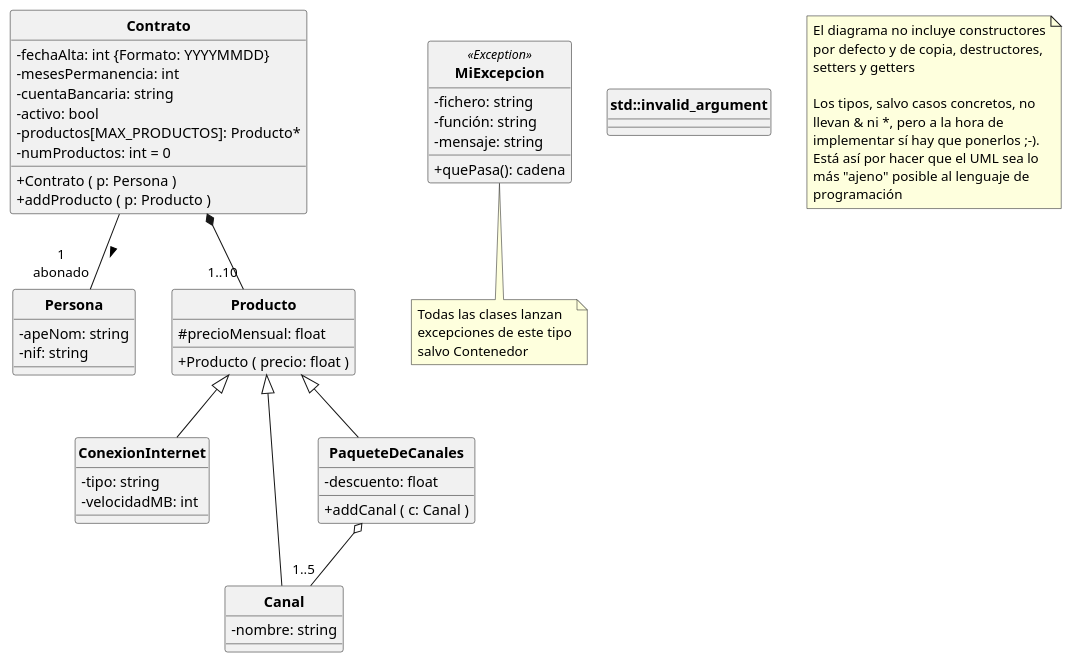
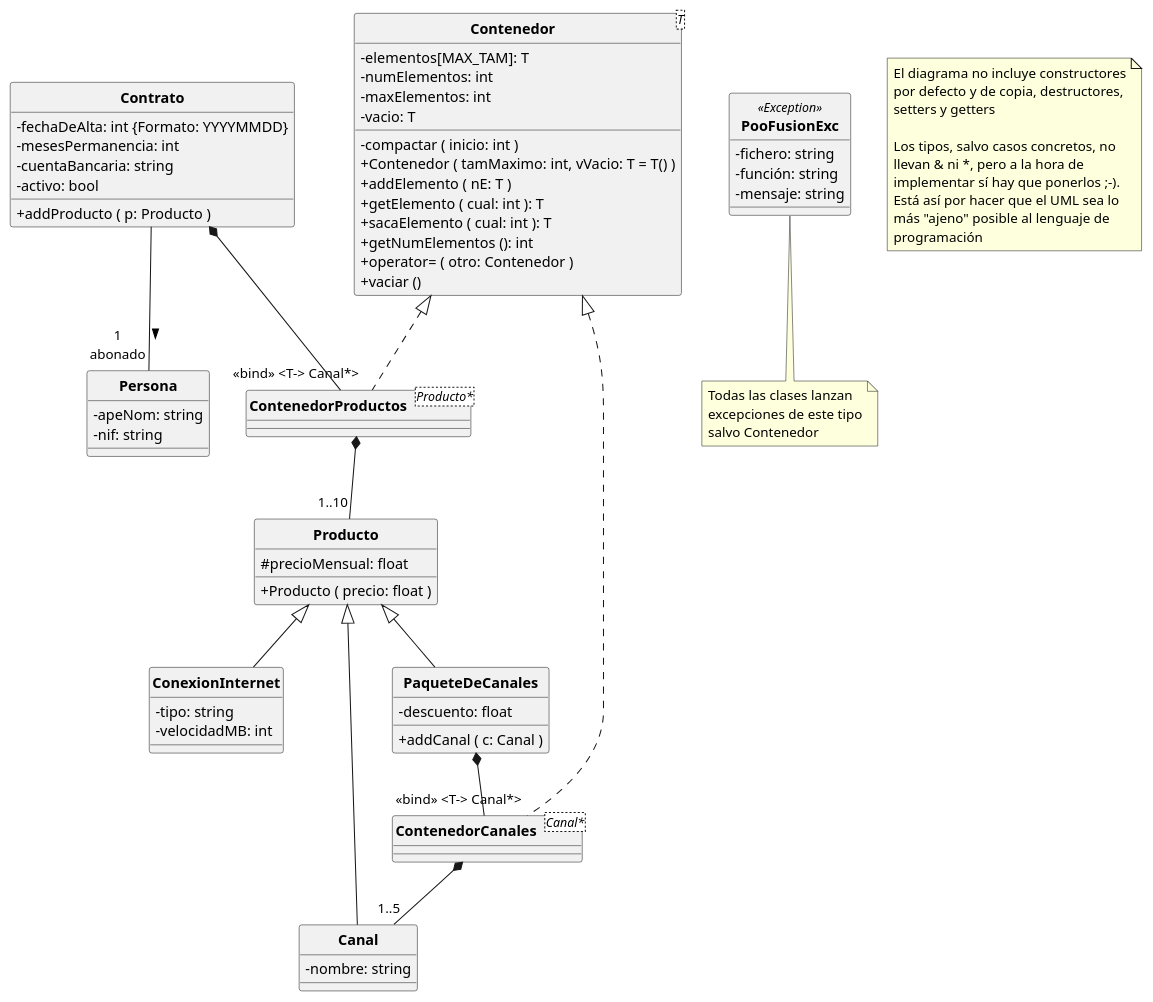
Before and after one commit to POOUJA/PooFusion: the diagram in PooFusion.puml, drawn with PlantUML. The commit also changed 1 other file, not shown here.

```diff
--- a/PooFusion.puml
+++ b/PooFusion.puml
@@ -1,77 +1,93 @@
 @startuml
 
 hide circle
 skinparam classattributeiconsize 0
 skinparam classFontStyle bold
 
 class Persona {
    - apeNom: string
    - nif: string
 }
 
 class Contrato {
-   - fechaAlta: int {Formato: YYYYMMDD}
+   - fechaDeAlta: int {Formato: YYYYMMDD}
    - mesesPermanencia: int
    - cuentaBancaria: string
    - activo: bool
-   - productos[MAX_PRODUCTOS]: Producto*
-   - numProductos: int = 0
-   + Contrato ( p: Persona )
    + addProducto ( p: Producto )
 }
 
 class Producto {
    # precioMensual: float
    + Producto ( precio: float )
 }
 
 class ConexionInternet {
    - tipo: string
    - velocidadMB: int
 }
 
 class Canal {
    - nombre: string
 }
 
 class PaqueteDeCanales {
    - descuento: float
    + addCanal ( c: Canal )
 }
 
+class Contenedor<T>{
+   - elementos[MAX_TAM]: T
+   - numElementos: int
+   - maxElementos: int
+   - vacio: T
+   - compactar ( inicio: int )
+   + Contenedor ( tamMaximo: int, vVacio: T = T() )
+   + addElemento ( nE: T )
+   + getElemento ( cual: int ): T
+   + sacaElemento ( cual: int ): T
+   + getNumElementos (): int
+   + operator= ( otro: Contenedor )
+   + vaciar ()
+}
 
-class MiExcepcion<<Exception>> {
-   - fichero: string
-   - función: string
-   - mensaje: string
-   + quePasa(): cadena
-}
-note bottom of MiExcepcion
-   Todas las clases lanzan
-   excepciones de este tipo
-   salvo Contenedor
-end note
+class ContenedorProductos<Producto*>{}
 
-class std::invalid_argument
+class ContenedorCanales<Canal*>{}
 
 Contrato -- "1\nabonado" Persona: >
 Producto <|-- ConexionInternet 
 Producto <|-- Canal
 Producto <|-- PaqueteDeCanales
-Contrato *-- "1..10" Producto
-PaqueteDeCanales o-- "1..5"Canal
+Contenedor <|..  "<<bind>> <T-> Canal*>" ContenedorProductos
+Contenedor <|.. "<<bind>> <T-> Canal*>" ContenedorCanales
+Contrato *-- ContenedorProductos
+ContenedorProductos *-- "1..10" Producto
+PaqueteDeCanales *-- ContenedorCanales
+ContenedorCanales *-- "1..5" Canal
+
+class PooFusionExc<<Exception>> {
+   - fichero: string
+   - función: string
+   - mensaje: string
+}
+note bottom of PooFusionExc
+   Todas las clases lanzan
+   excepciones de este tipo
+   salvo Contenedor
+end note
 
 note as Nota1
    El diagrama no incluye constructores
    por defecto y de copia, destructores,
    setters y getters
 
    Los tipos, salvo casos concretos, no
    llevan & ni *, pero a la hora de
-   implementar sí hay que ponerlos ;-). 
+   implementar sí hay que ponerlos ;-).
    Está así por hacer que el UML sea lo
    más "ajeno" posible al lenguaje de
    programación
 end note
 
 @enduml
```
